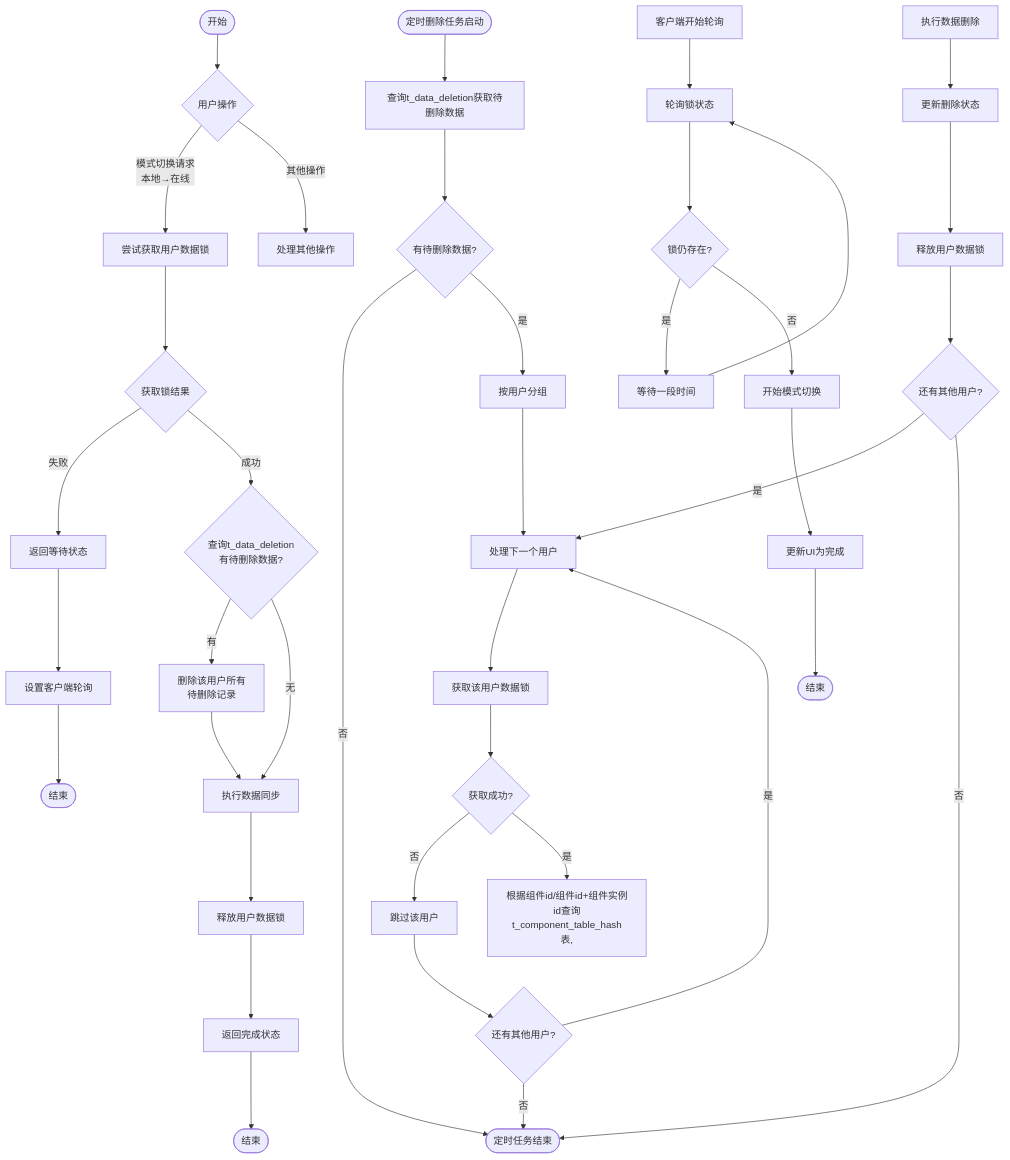
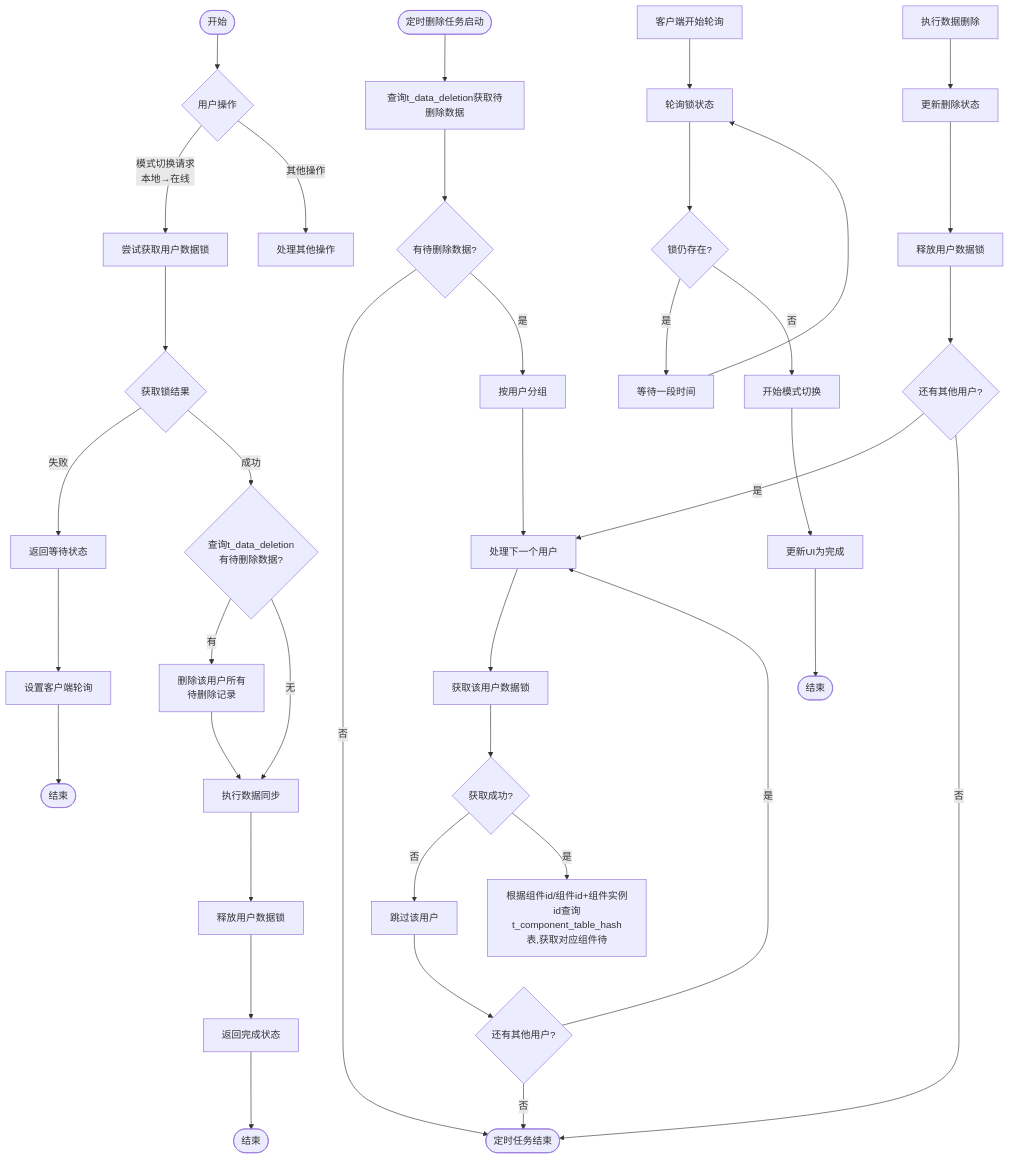
Before and after one commit to yingjianzh/iodraw-files: the diagram in all/未命名-57.md, drawn with Mermaid.

Commit message:
2025-05-12 11:21:50 update

````diff
--- a/all/未命名-57.md
+++ b/all/未命名-57.md
@@ -1,61 +1,61 @@
 ```mermaid
 flowchart TD
     %% 主要分支
     Start([开始]) --> UserAction{用户操作}
     UserAction -->|模式切换请求\n本地→在线| TryLock[尝试获取用户数据锁]
     UserAction -->|其他操作| OtherOps[处理其他操作]
     
     %% 定时删除任务分支
     ScheduledTask([定时删除任务启动]) --> QueryDeletions[查询t_data_deletion获取待删除数据]
     QueryDeletions --> HasTasks{有待删除数据?}
     HasTasks -->|否| TaskEnd([定时任务结束])
     HasTasks -->|是| GroupByUser[按用户分组]
     
     %% 处理用户数据删除
     GroupByUser --> ProcessNextUser[处理下一个用户]
     ProcessNextUser --> AcquireLock[获取该用户数据锁]
     AcquireLock --> LockSuccess{获取成功?}
     
     LockSuccess -->|否| SkipUser[跳过该用户]
     SkipUser --> MoreUsers1{还有其他用户?}
     MoreUsers1 -->|是| ProcessNextUser
     MoreUsers1 -->|否| TaskEnd
     
-    LockSuccess -->|是| GetData[根据组件id/组件id+组件实例id查询t_component_table_hash表,]
+    LockSuccess -->|是| GetData[根据组件id/组件id+组件实例id查询t_component_table_hash表,获取对应组件待]
     
     DeleteData[执行数据删除]
     DeleteData --> UpdateStatus[更新删除状态]
     UpdateStatus --> ReleaseLock[释放用户数据锁]
     ReleaseLock --> MoreUsers2{还有其他用户?}
     MoreUsers2 -->|是| ProcessNextUser
     MoreUsers2 -->|否| TaskEnd
     
     %% 模式切换流程
     TryLock --> LockResult{获取锁结果}
     
     LockResult -->|失败| ReturnWaiting[返回等待状态]
     ReturnWaiting --> SetupPolling[设置客户端轮询]
     SetupPolling --> End1([结束])
     
     LockResult -->|成功| CheckPendingDeletion{查询t_data_deletion\n有待删除数据?}
     
     CheckPendingDeletion -->|有| RemoveDeletionRecords[删除该用户所有\n待删除记录]
     RemoveDeletionRecords --> PerformSync[执行数据同步]
     
     CheckPendingDeletion -->|无| PerformSync
     
     PerformSync --> ReleaseSwitchLock[释放用户数据锁]
     ReleaseSwitchLock --> ReturnComplete[返回完成状态]
     ReturnComplete --> End2([结束])
     
     %% 客户端轮询
     ClientPolling[客户端开始轮询] --> PollLockStatus[轮询锁状态]
     PollLockStatus --> StillLocked{锁仍存在?}
     
     StillLocked -->|是| WaitInterval[等待一段时间]
     WaitInterval --> PollLockStatus
     
     StillLocked -->|否| StartSwitch[开始模式切换]
     StartSwitch --> CompleteUI[更新UI为完成]
     CompleteUI --> End3([结束])
 ```
````
